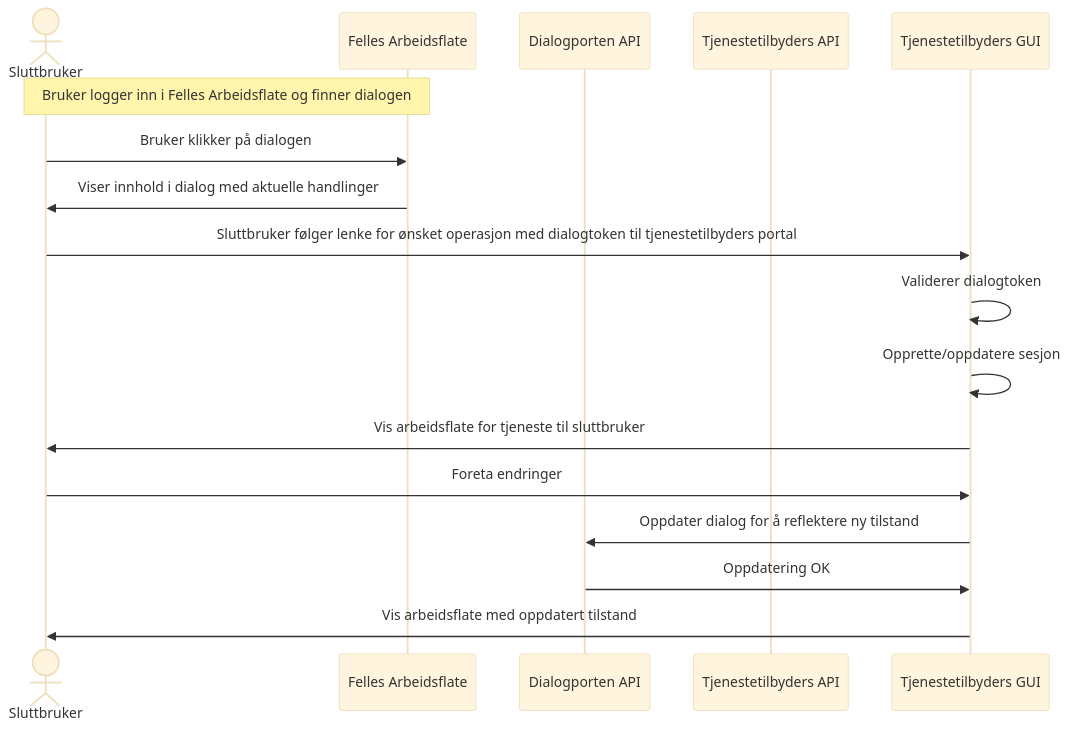
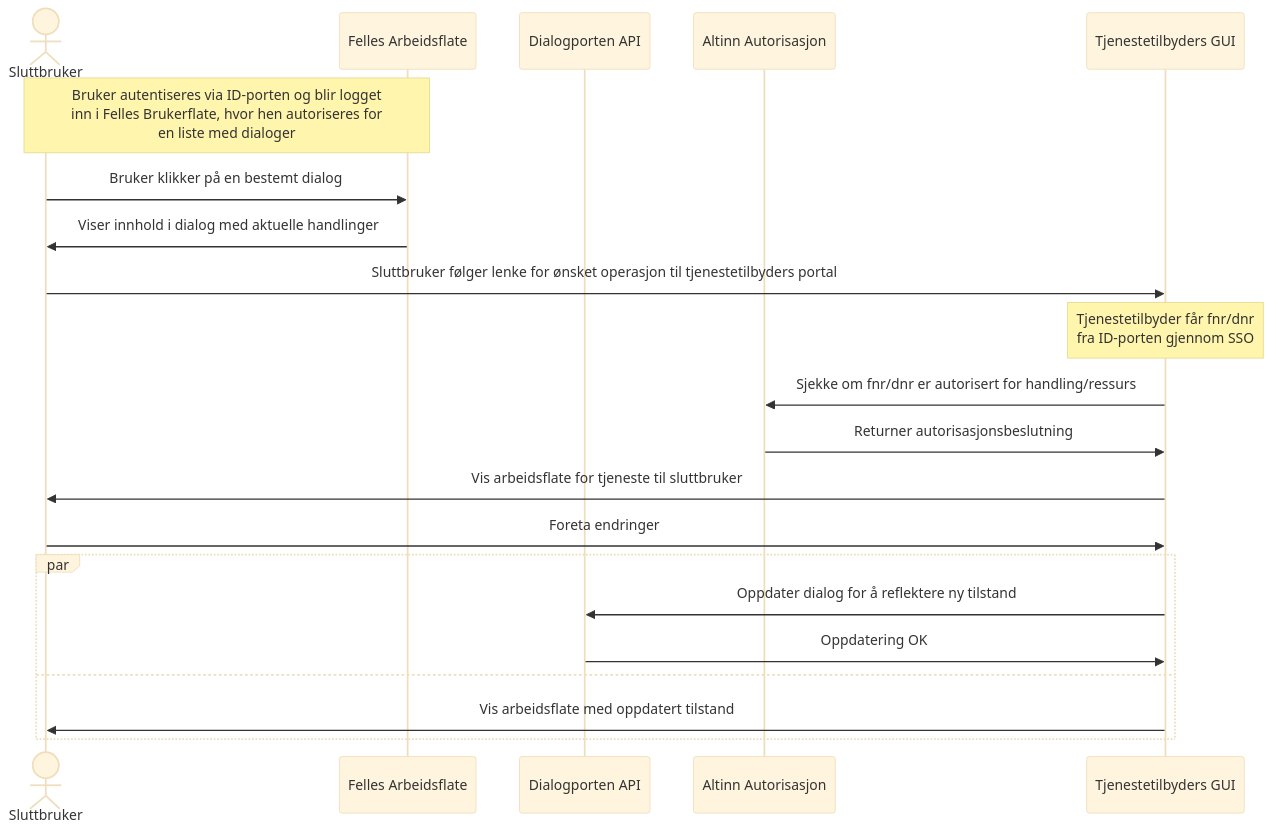
Before and after one commit to elsand/elsand.github.io: the fourth of 8 diagrams in dialogporten.md, drawn with Mermaid (base theme). The commit also changed other lines of this file and 11 other files, not shown here.

````diff
--- a/dialogporten.md
+++ b/dialogporten.md
@@ -331,19 +366,23 @@
 ```mermaid!
 sequenceDiagram
     actor SB as Sluttbruker
     participant GUI as Felles Arbeidsflate
     participant API as Dialogporten API
-    participant TEAPI as Tjenestetilbyders API
+    participant AA as Altinn Autorisasjon
     participant TEGUI as Tjenestetilbyders GUI
-note over SB,GUI: Bruker logger inn i Felles Arbeidsflate og finner dialogen
-SB->>GUI: Bruker klikker på dialogen
+note over SB,GUI: Bruker autentiseres via ID-porten og blir logget<br>inn i Felles Brukerflate, hvor hen autoriseres for<br>en liste med dialoger
+SB->>GUI: Bruker klikker på en bestemt dialog
 GUI->>SB: Viser innhold i dialog med aktuelle handlinger
-SB->>TEGUI: Sluttbruker følger lenke for ønsket operasjon med dialogtoken til tjenestetilbyders portal
-    TEGUI->>TEGUI: Validerer dialogtoken
-TEGUI->>TEGUI: Opprette/oppdatere sesjon
+SB->>TEGUI: Sluttbruker følger lenke for ønsket operasjon til tjenestetilbyders portal
+note over TEGUI: Tjenestetilbyder får fnr/dnr<br>fra ID-porten gjennom SSO
+TEGUI->>AA: Sjekke om fnr/dnr er autorisert for handling/ressurs
+AA->>TEGUI: Returner autorisasjonsbeslutning
 TEGUI->>SB: Vis arbeidsflate for tjeneste til sluttbruker
 SB->>TEGUI: Foreta endringer
-TEGUI->>API: Oppdater dialog for å reflektere ny tilstand
-API->>TEGUI: Oppdatering OK
-TEGUI->>SB: Vis arbeidsflate med oppdatert tilstand
+par
+    TEGUI->>API: Oppdater dialog for å reflektere ny tilstand
+    API->>TEGUI: Oppdatering OK
+and
+    TEGUI->>SB: Vis arbeidsflate med oppdatert tilstand
+end
 ```
````
